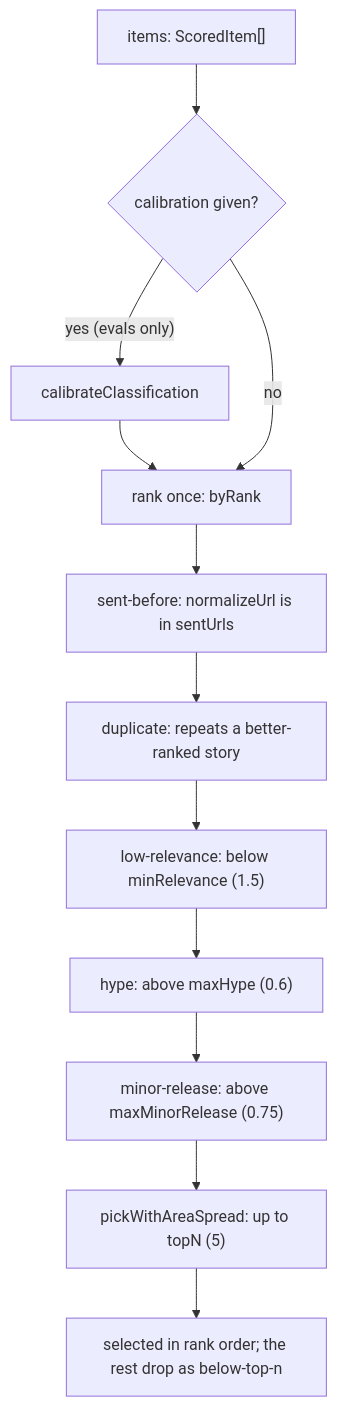
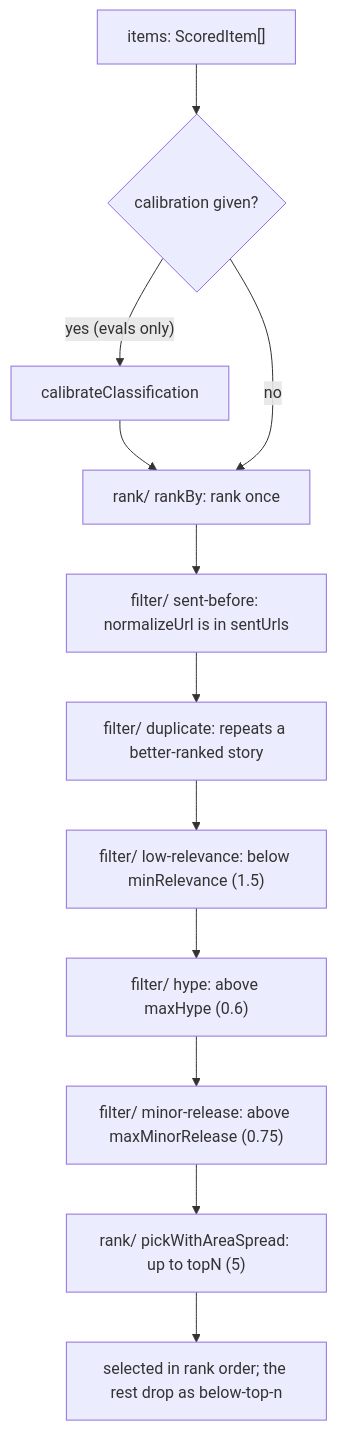
The second of 2 diagrams in src/process/CLAUDE.md (odere-pro/weekly-engineering-digest-agent), drawn with Mermaid before and after one commit. The commit also changed other lines of this file and 25 other files, not shown here.

````diff
--- a/src/process/CLAUDE.md
+++ b/src/process/CLAUDE.md
@@ -22,13 +22,13 @@
 ```mermaid
 flowchart TD
   input["items: ScoredItem[]"] --> cal{"calibration given?"}
   cal -->|"yes (evals only)"| calibrate["calibrateClassification"] --> rank
-  cal -->|no| rank["rank once: byRank"]
-  rank --> sent["sent-before: normalizeUrl is in sentUrls"]
-  sent --> dup["duplicate: repeats a better-ranked story"]
-  dup --> low["low-relevance: below minRelevance (1.5)"]
-  low --> hype["hype: above maxHype (0.6)"]
-  hype --> minor["minor-release: above maxMinorRelease (0.75)"]
-  minor --> pick["pickWithAreaSpread: up to topN (5)"]
+  cal -->|no| rank["rank/ rankBy: rank once"]
+  rank --> sent["filter/ sent-before: normalizeUrl is in sentUrls"]
+  sent --> dup["filter/ duplicate: repeats a better-ranked story"]
+  dup --> low["filter/ low-relevance: below minRelevance (1.5)"]
+  low --> hype["filter/ hype: above maxHype (0.6)"]
+  hype --> minor["filter/ minor-release: above maxMinorRelease (0.75)"]
+  minor --> pick["rank/ pickWithAreaSpread: up to topN (5)"]
   pick --> out["selected in rank order; the rest drop as below-top-n"]
 ```
````
